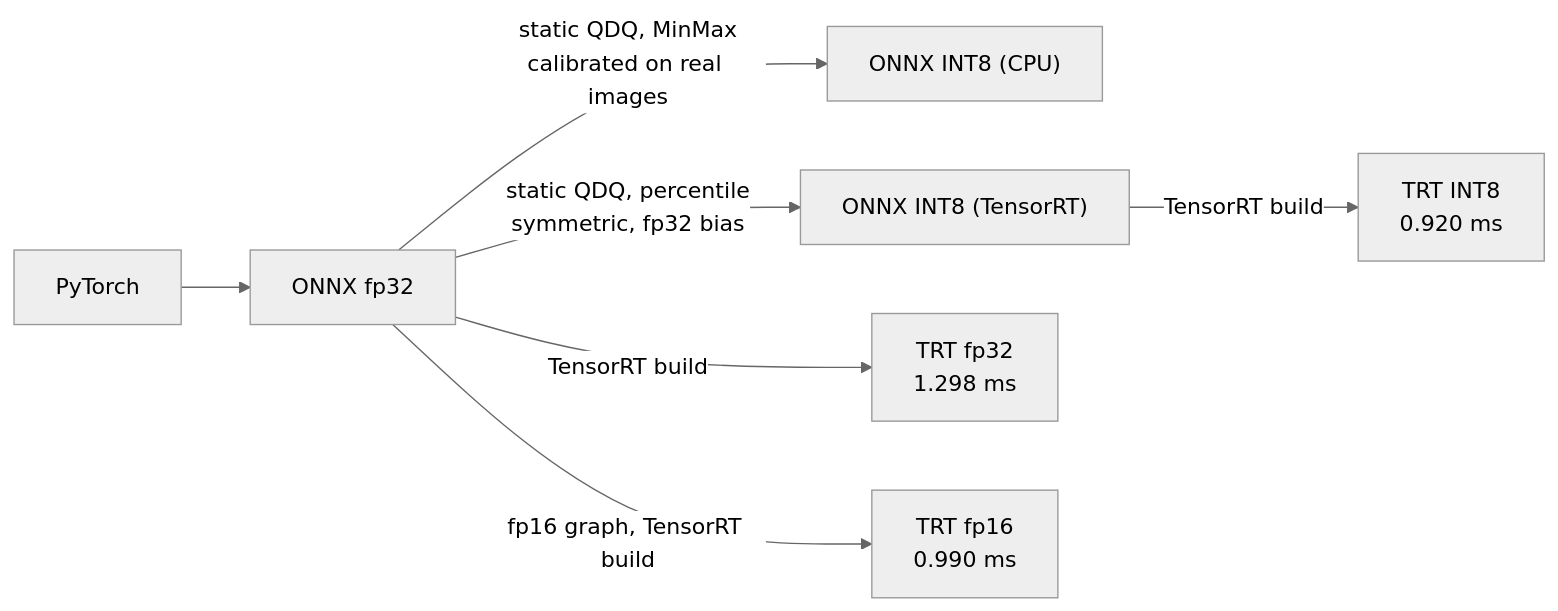
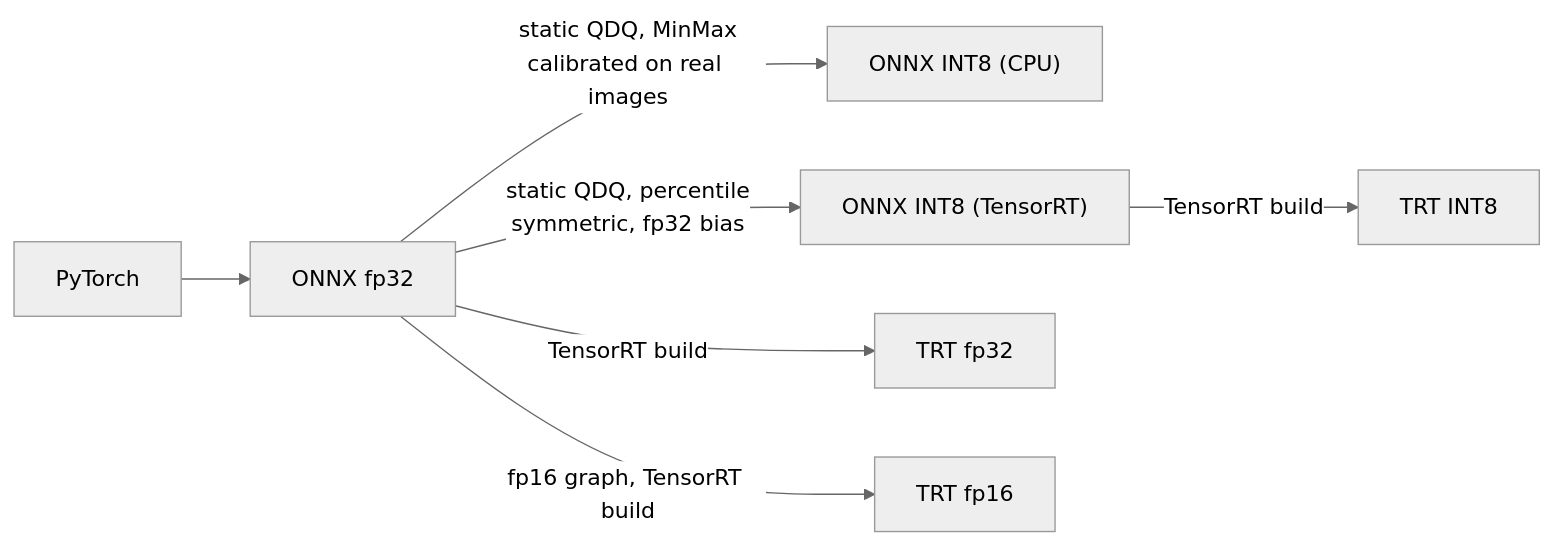
Before and after one commit to pankaj29/ML-Engineer-Challenge: the diagram in docs/TECHNICAL.md, drawn with Mermaid (neutral theme). The commit also changed other lines of this file and 31 other files, not shown here.

````diff
--- a/docs/TECHNICAL.md
+++ b/docs/TECHNICAL.md
@@ -51,9 +51,9 @@
 ```mermaid
 flowchart LR
     T["PyTorch"] --> O["ONNX fp32"]
     O -->|"static QDQ, MinMax<br/>calibrated on real images"| Q["ONNX INT8 (CPU)"]
     O -->|"static QDQ, percentile<br/>symmetric, fp32 bias"| QT["ONNX INT8 (TensorRT)"]
-    O -->|"TensorRT build"| E32["TRT fp32<br/>1.298 ms"]
-    O -->|"fp16 graph, TensorRT build"| E16["TRT fp16<br/>0.990 ms"]
-    QT -->|"TensorRT build"| EI["TRT INT8<br/>0.920 ms"]
+    O -->|"TensorRT build"| E32["TRT fp32"]
+    O -->|"fp16 graph, TensorRT build"| E16["TRT fp16"]
+    QT -->|"TensorRT build"| EI["TRT INT8"]
 ```
````
